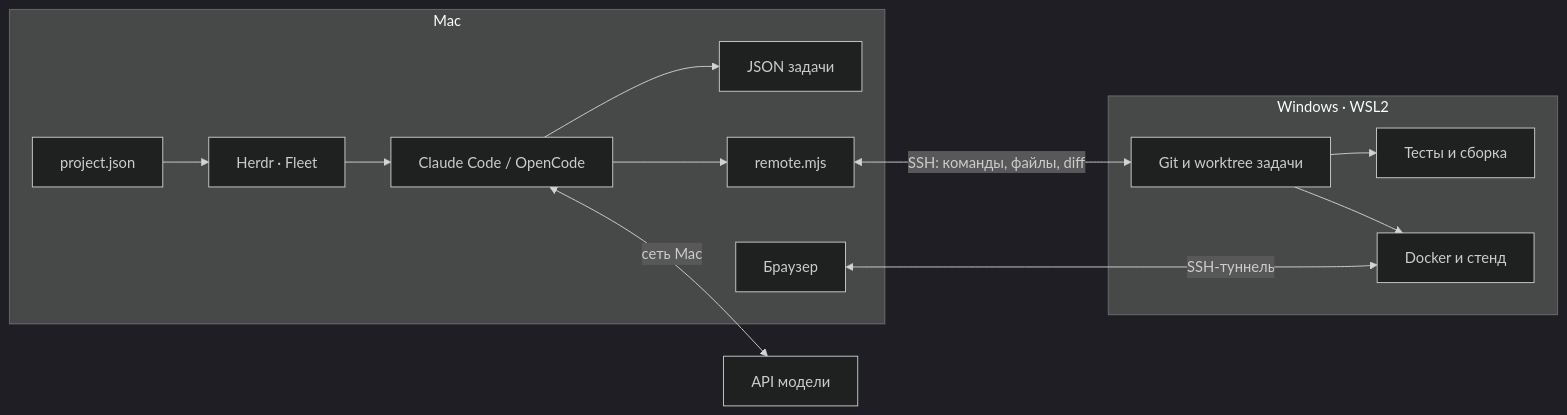
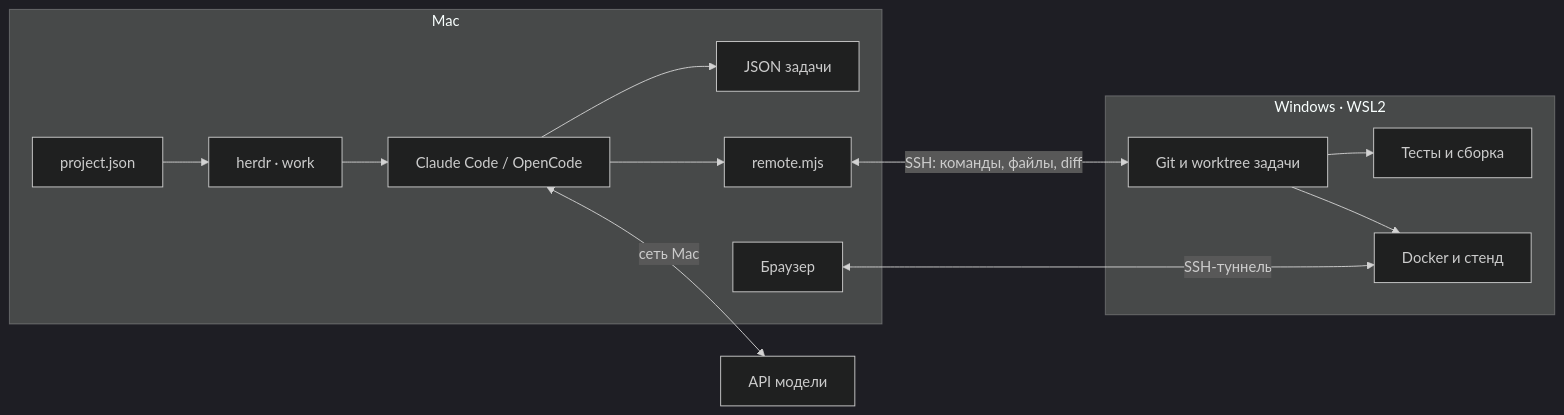
One commit to oberemokis/skills changed the diagram in skills/task-run/remote.md. Above: the diagram before and after it, drawn with Mermaid (dark theme). The commit also changed other lines of this file and 32 other files, not shown here.

First line of the commit message:
Оркестратор work запускает задачи в herdr TUI

````diff
--- a/skills/task-run/remote.md
+++ b/skills/task-run/remote.md
@@ -5,18 +5,18 @@
 ```mermaid
 flowchart LR
   subgraph mac["Mac"]
-    profile["project.json"] --> fleet["Herdr · Fleet"]
-    fleet --> agent["Claude Code / OpenCode"]
+    profile["project.json"] --> work["herdr · work"]
+    work --> agent["Claude Code / OpenCode"]
     agent --> state["JSON задачи"]
     agent --> bridge["remote.mjs"]
     browser["Браузер"]
   end
   agent <-->|"сеть Mac"| model["API модели"]
   subgraph wsl["Windows · WSL2"]
     repo["Git и worktree задачи"]
     repo --> test["Тесты и сборка"]
     repo --> stand["Docker и стенд"]
   end
   bridge <-->|"SSH: команды, файлы, diff"| repo
   browser <-->|"SSH-туннель"| stand
 ```
````
